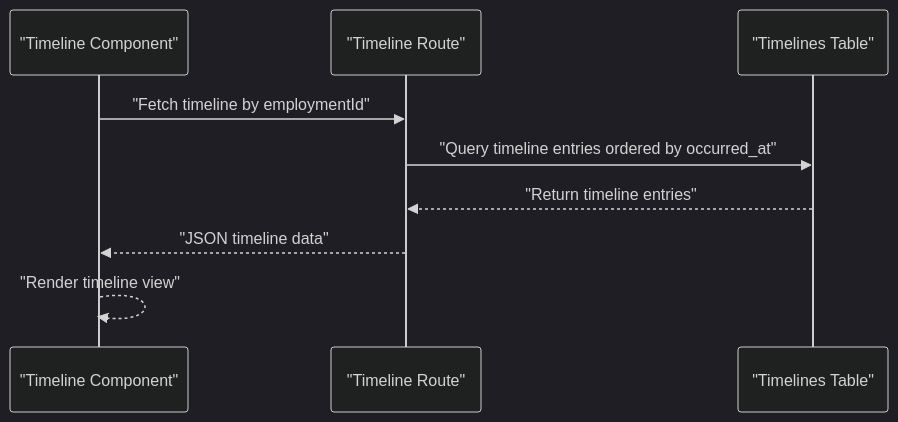
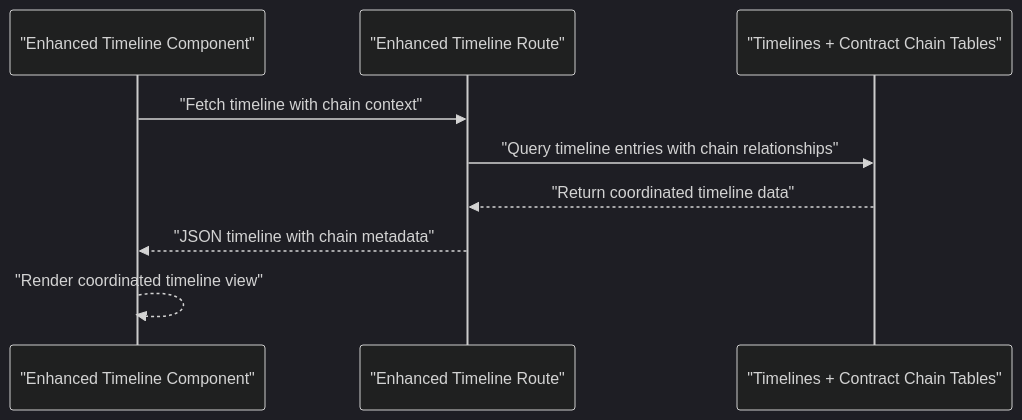
Before and after one commit to EdwinCycling/LiquidHR: the fifth of 11 diagrams in .qoder/repowiki/en/content/Core HR Module/Employment Lifecycle.md, drawn with Mermaid (dark theme). The commit also changed other lines of this file and 73 other files, not shown here.

````diff
--- a/.qoder/repowiki/en/content/Core HR Module/Employment Lifecycle.md
+++ b/.qoder/repowiki/en/content/Core HR Module/Employment Lifecycle.md
@@ -282,11 +352,11 @@
 ```mermaid
 sequenceDiagram
-participant UI as "Timeline Component"
-participant API as "Timeline Route"
-participant DB as "Timelines Table"
-UI->>API : "Fetch timeline by employmentId"
-API->>DB : "Query timeline entries ordered by occurred_at"
-DB-->>API : "Return timeline entries"
-API-->>UI : "JSON timeline data"
-UI-->>UI : "Render timeline view"
+participant UI as "Enhanced Timeline Component"
+participant API as "Enhanced Timeline Route"
+participant DB as "Timelines + Contract Chain Tables"
+UI->>API : "Fetch timeline with chain context"
+API->>DB : "Query timeline entries with chain relationships"
+DB-->>API : "Return coordinated timeline data"
+API-->>UI : "JSON timeline with chain metadata"
+UI-->>UI : "Render coordinated timeline view"
 ```
````
